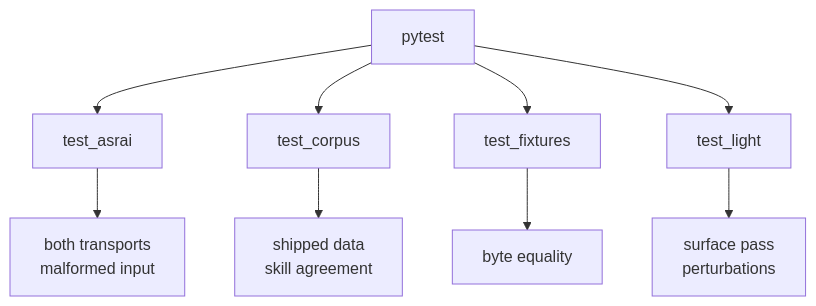
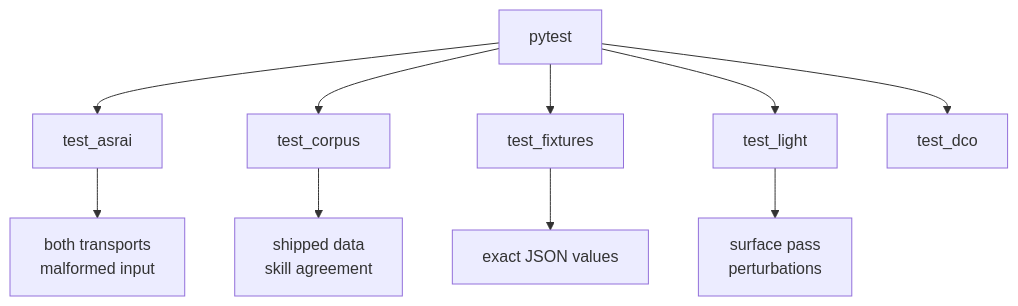
The diagram in tests/README.md (Stdev17/asrai), drawn with Mermaid before and after one commit. The commit also changed other lines of this file and 26 other files, not shown here.

````diff
--- a/tests/README.md
+++ b/tests/README.md
@@ -11,8 +11,8 @@
 ```mermaid
 flowchart TD
-    PYTEST[pytest] --> ASRAI[test_asrai] & CORPUS[test_corpus] & FIXTURES[test_fixtures] & LIGHT[test_light]
+    PYTEST[pytest] --> ASRAI[test_asrai] & CORPUS[test_corpus] & FIXTURES[test_fixtures] & LIGHT[test_light] & DCO[test_dco]
     ASRAI --> TRANSPORTS["both transports<br/>malformed input"]
     CORPUS --> STOCK["shipped data<br/>skill agreement"]
-    FIXTURES --> BYTES["byte equality"]
+    FIXTURES --> VALUES["exact JSON values"]
     LIGHT --> SURFACE["surface pass<br/>perturbations"]
 ```
````
